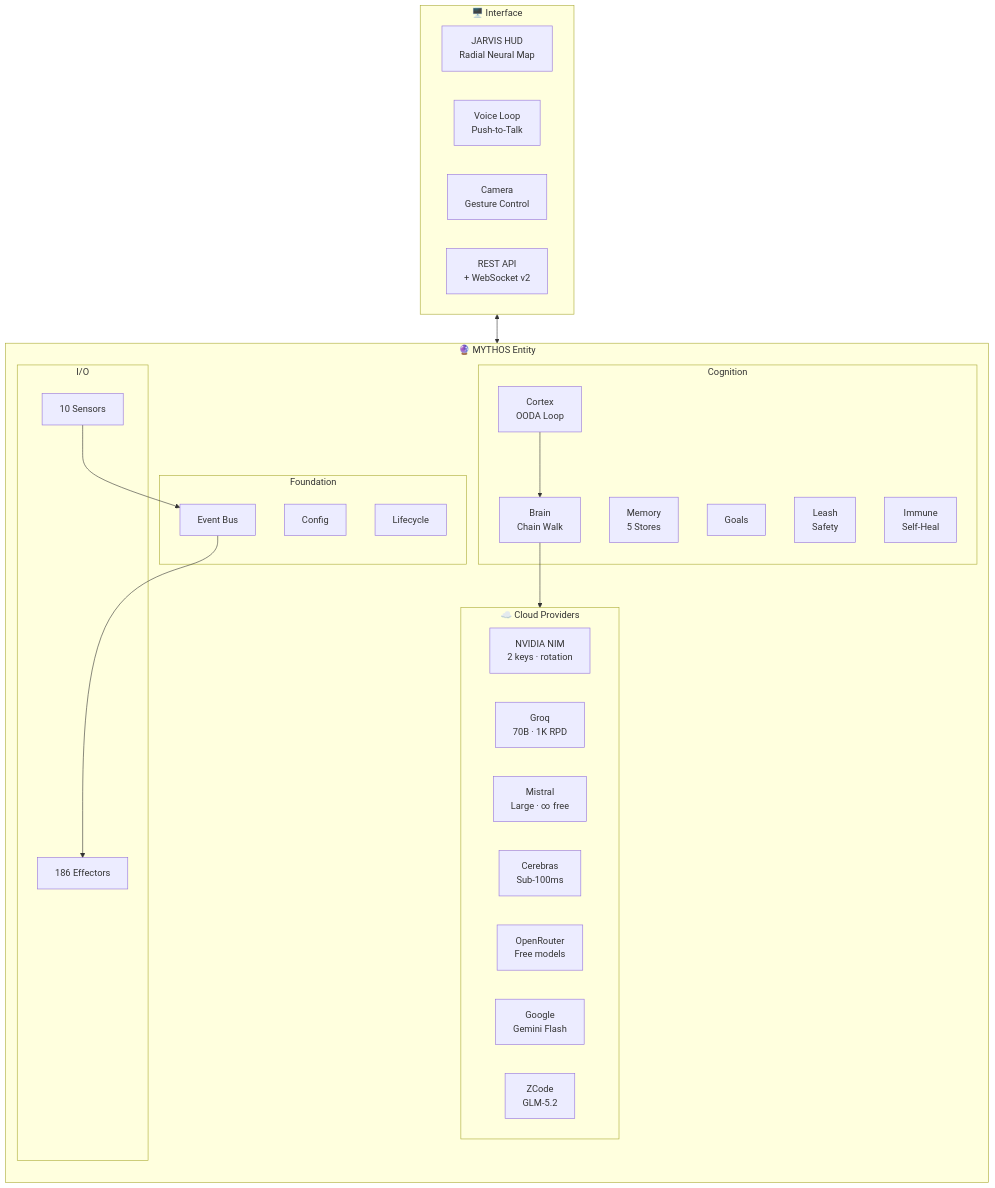
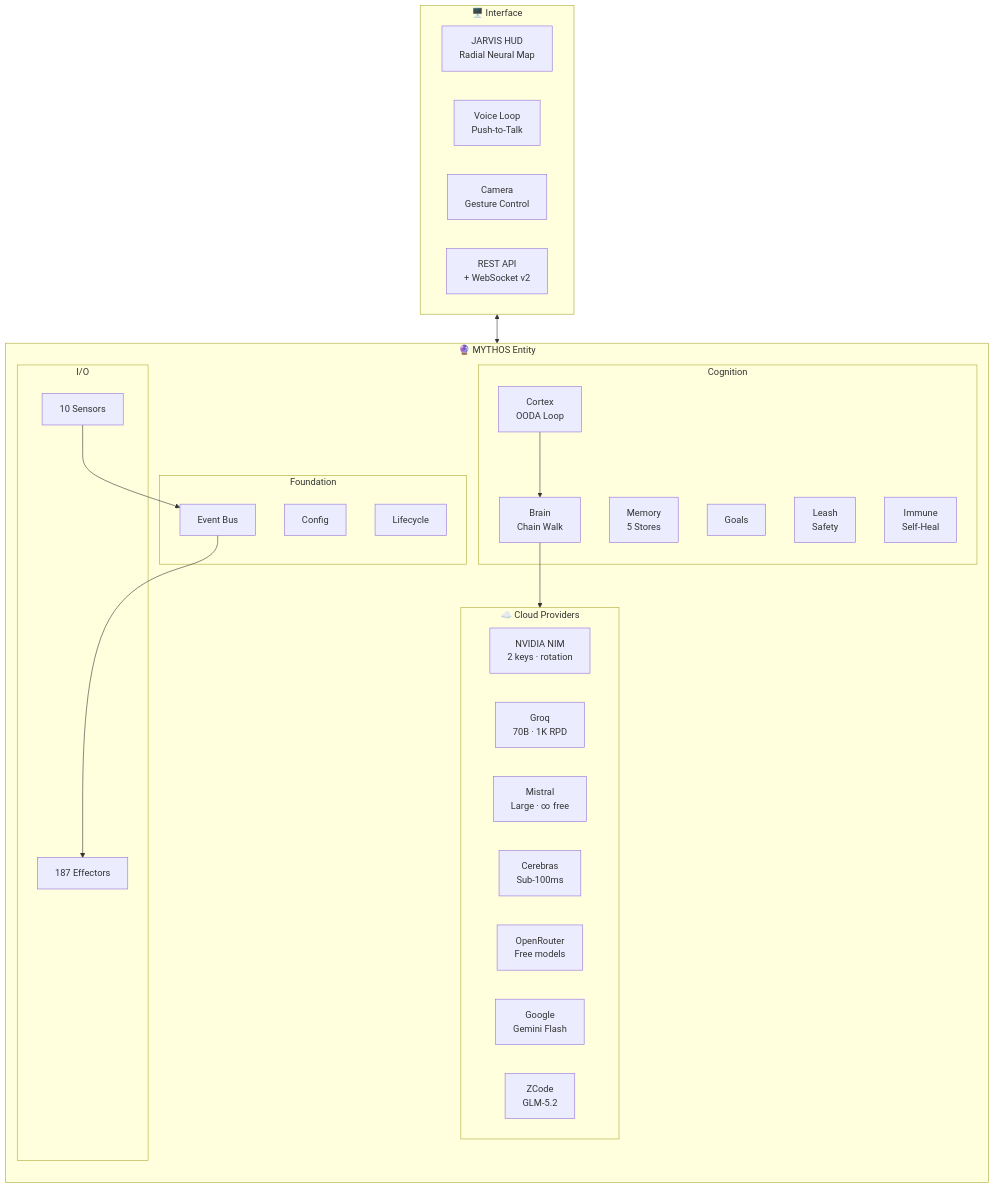
The first of 11 diagrams in README.md (HailLucifer666/Agent_OS), drawn with Mermaid before and after one commit. The commit also changed other lines of this file and 26 other files, not shown here.

````diff
--- a/README.md
+++ b/README.md
@@ -48,45 +48,45 @@
 ```mermaid
 flowchart TB
     subgraph Cloud["☁️ Cloud Providers"]
         direction LR
         NIM["NVIDIA NIM<br/>2 keys · rotation"]
         GQ["Groq<br/>70B · 1K RPD"]
         MI["Mistral<br/>Large · ∞ free"]
         CE["Cerebras<br/>Sub-100ms"]
         OR["OpenRouter<br/>Free models"]
         GOOG["Google<br/>Gemini Flash"]
         ZC["ZCode<br/>GLM-5.2"]
     end
 
     subgraph MYTHOS["🔮 MYTHOS Entity"]
         direction TB
         subgraph Foundation["Foundation"]
             CFG["Config"]
             BUS["Event Bus"]
             LIFE["Lifecycle"]
         end
         subgraph Cognition["Cognition"]
             CORT["Cortex<br/>OODA Loop"]
             BRN["Brain<br/>Chain Walk"]
             MEM["Memory<br/>5 Stores"]
             GOAL["Goals"]
             LEASH["Leash<br/>Safety"]
             IMM["Immune<br/>Self-Heal"]
         end
         subgraph IOLayer["I/O"]
             SENS["10 Sensors"]
-            EFF["186 Effectors"]
+            EFF["187 Effectors"]
         end
         CORT --> BRN --> Cloud
         SENS --> BUS --> EFF
     end
 
     subgraph Interface["🖥️ Interface"]
         HUD["JARVIS HUD<br/>Radial Neural Map"]
         VOICE["Voice Loop<br/>Push-to-Talk"]
         CAM["Camera<br/>Gesture Control"]
         API["REST API<br/>+ WebSocket v2"]
     end
 
     Interface <--> MYTHOS
 ```
````
